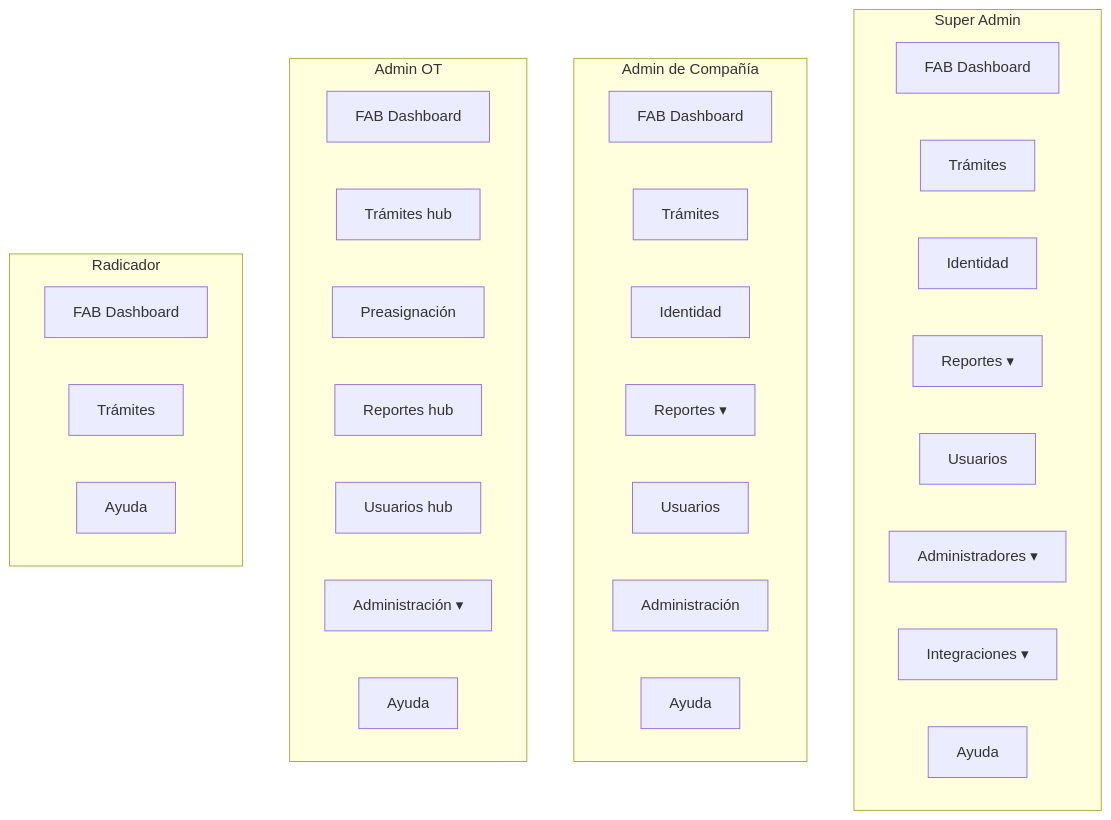
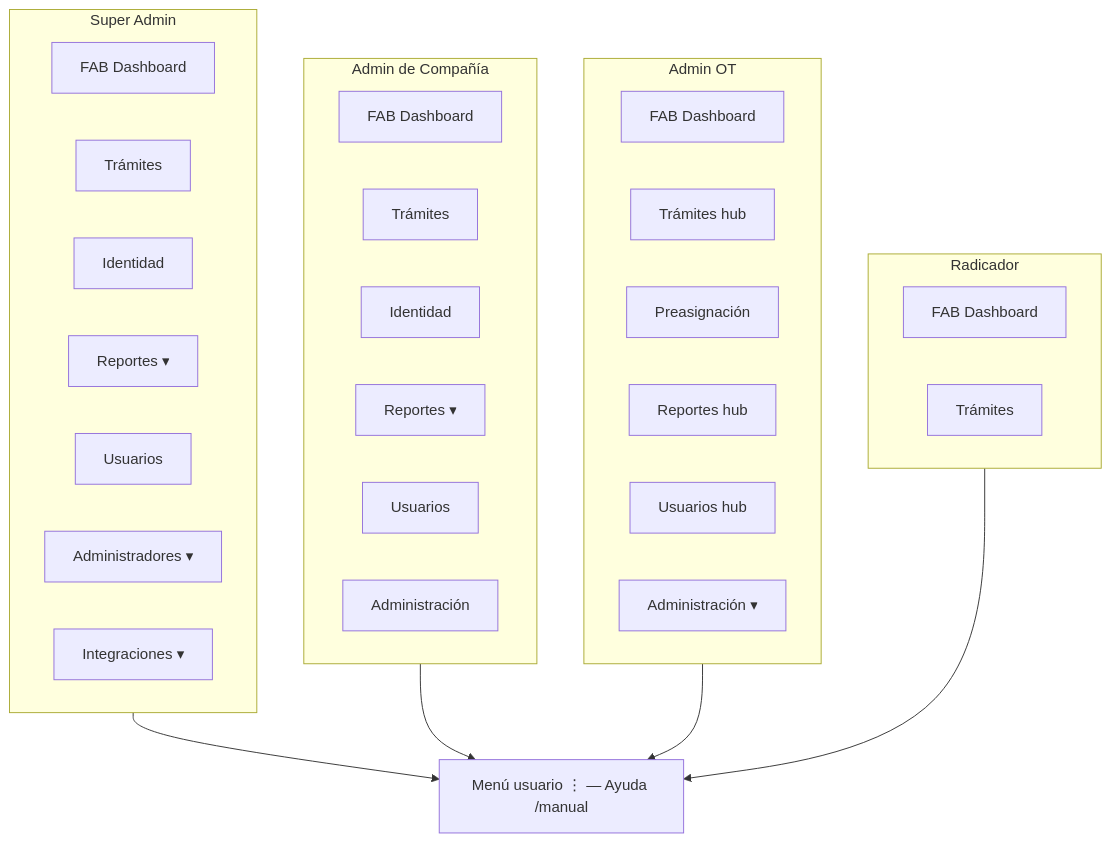
Before and after one commit to flitsas/flit: the diagram in docs/arbol-menu-por-rol.md, drawn with Mermaid. The commit also changed other lines of this file and 7 other files, not shown here.

Commit message:
HU12723: dock activo en azul sin fondo, token brand-ink y Ayuda al menu de usuario

````diff
--- a/docs/arbol-menu-por-rol.md
+++ b/docs/arbol-menu-por-rol.md
@@ -317,39 +322,41 @@
 ```mermaid
 flowchart TB
   subgraph SA["Super Admin"]
     SA_FAB[FAB Dashboard]
     SA_T[Trámites]
     SA_I[Identidad]
     SA_R[Reportes ▾]
     SA_U[Usuarios]
     SA_A[Administradores ▾]
     SA_INT[Integraciones ▾]
-    SA_H[Ayuda]
   end
 
   subgraph AC["Admin de Compañía"]
     AC_FAB[FAB Dashboard]
     AC_T[Trámites]
     AC_I[Identidad]
     AC_R[Reportes ▾]
     AC_U[Usuarios]
     AC_ADM[Administración]
-    AC_H[Ayuda]
   end
 
   subgraph OT["Admin OT"]
     OT_FAB[FAB Dashboard]
     OT_T[Trámites hub]
     OT_P[Preasignación]
     OT_R[Reportes hub]
     OT_U[Usuarios hub]
     OT_ADM[Administración ▾]
-    OT_H[Ayuda]
   end
 
   subgraph RAD["Radicador"]
     RAD_FAB[FAB Dashboard]
     RAD_T[Trámites]
-    RAD_H[Ayuda]
   end
+
+  USER_MENU["Menú usuario ⋮ — Ayuda /manual"]
+  SA --> USER_MENU
+  AC --> USER_MENU
+  OT --> USER_MENU
+  RAD --> USER_MENU
 ```
````
